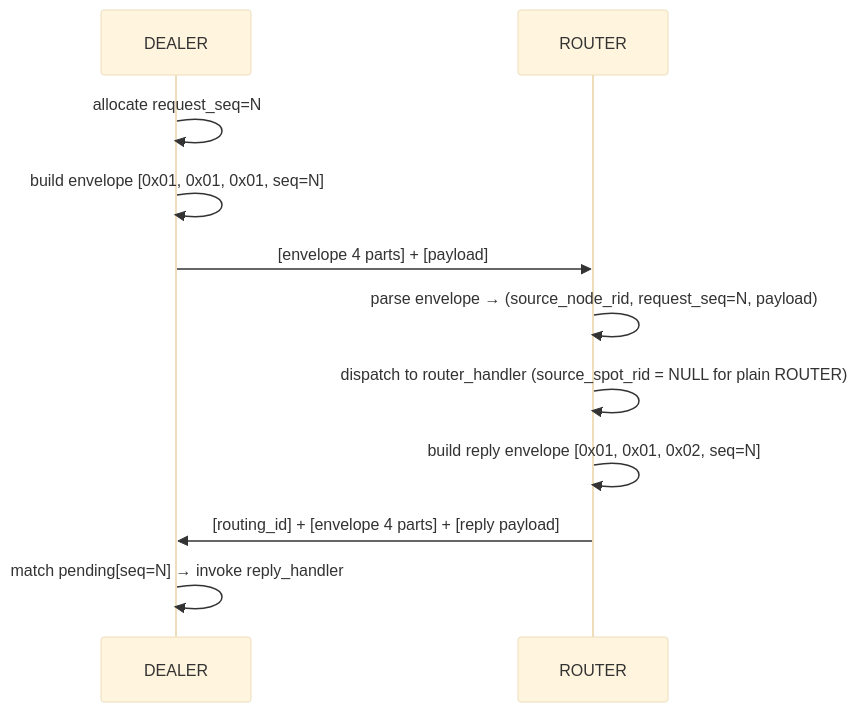
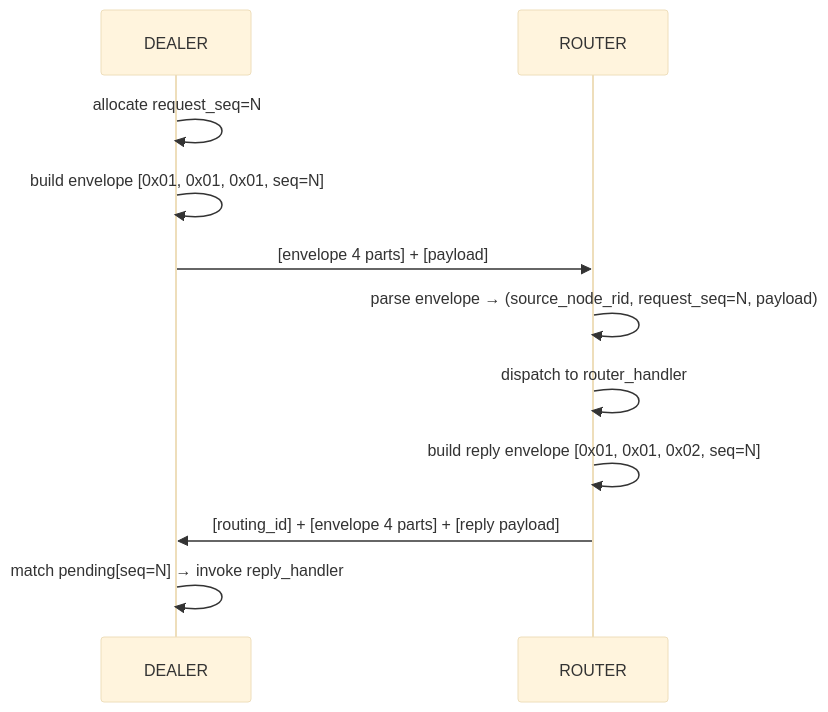
One commit to kairos-code-dev/zlink changed the second of 2 diagrams in core/doc/internals/protocol-zmp.md. Above: the diagram before and after it, drawn with Mermaid (base theme). The commit also changed other lines of this file and 58 other files, not shown here.

````diff
--- a/core/doc/internals/protocol-zmp.md
+++ b/core/doc/internals/protocol-zmp.md
@@ -112,14 +111,14 @@
 ```mermaid
 sequenceDiagram
     participant D as DEALER
     participant R as ROUTER
 
     D->>D: allocate request_seq=N
     D->>D: build envelope [0x01, 0x01, 0x01, seq=N]
     D->>R: [envelope 4 parts] + [payload]
     R->>R: parse envelope → (source_node_rid, request_seq=N, payload)
-    R->>R: dispatch to router_handler (source_spot_rid = NULL for plain ROUTER)
+    R->>R: dispatch to router_handler
     R->>R: build reply envelope [0x01, 0x01, 0x02, seq=N]
     R->>D: [routing_id] + [envelope 4 parts] + [reply payload]
     D->>D: match pending[seq=N] → invoke reply_handler
 ```
````
